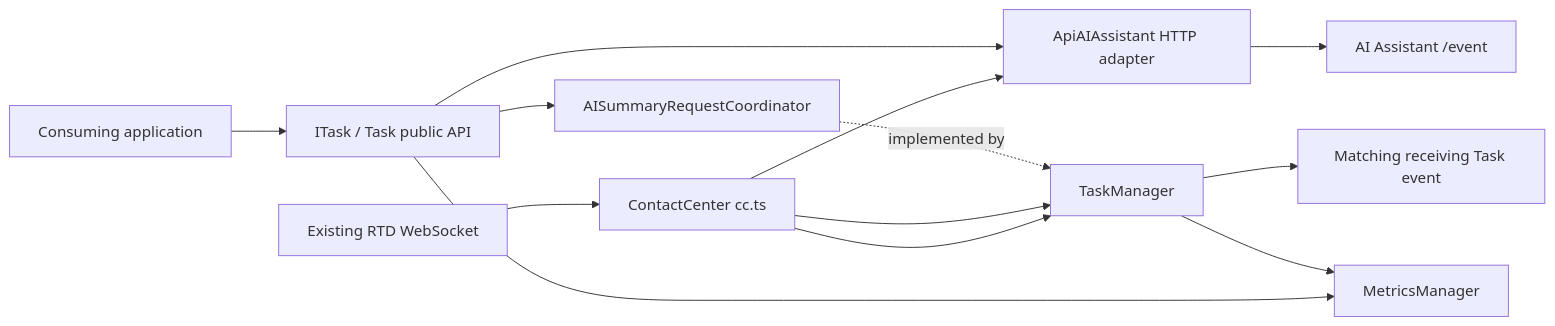
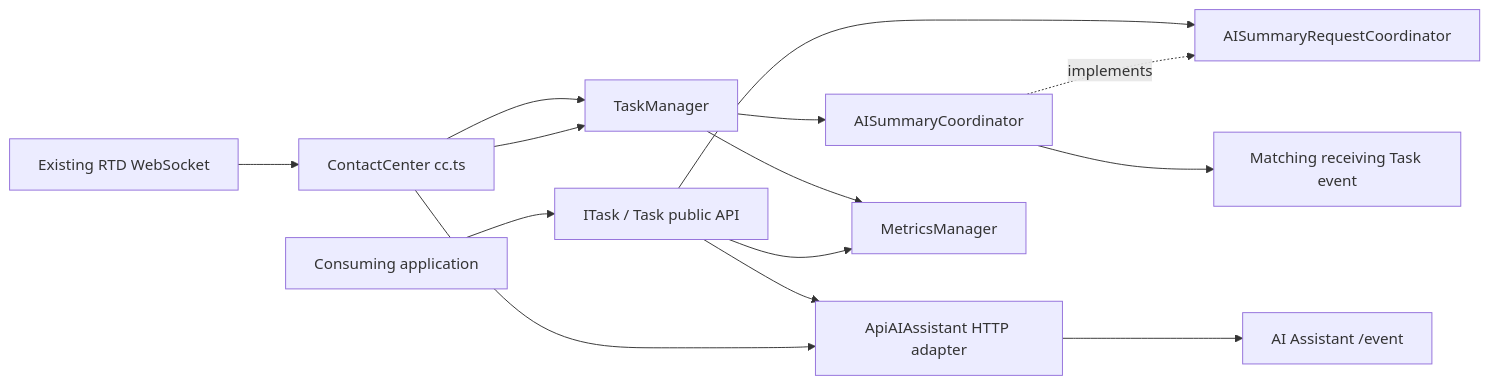
One commit to webex/webex-js-sdk changed the first of 3 diagrams in design/default/design_spec.md. Above: the diagram before and after it, drawn with Mermaid. The commit also changed other lines of this file and 1 other file, not shown here.

````diff
--- a/design/default/design_spec.md
+++ b/design/default/design_spec.md
@@ -159,15 +160,16 @@
 ```mermaid
 flowchart LR
   Consumer[Consuming application] --> ITask[ITask / Task public API]
   ITask --> API[ApiAIAssistant HTTP adapter]
   ITask --> Coordinator[AISummaryRequestCoordinator]
-  Coordinator -. implemented by .-> TM[TaskManager]
+  ASC[AISummaryCoordinator] -. implements .-> Coordinator
+  TM[TaskManager] --> ASC
   CC[ContactCenter cc.ts] --> TM
   CC --> API
   RTD[Existing RTD WebSocket] --> CC
   CC --> TM
-  TM --> Receiver[Matching receiving Task event]
+  ASC --> Receiver[Matching receiving Task event]
   API --> Backend[AI Assistant /event]
   TM --> Metrics[MetricsManager]
   ITask --> Metrics
 ```
````
